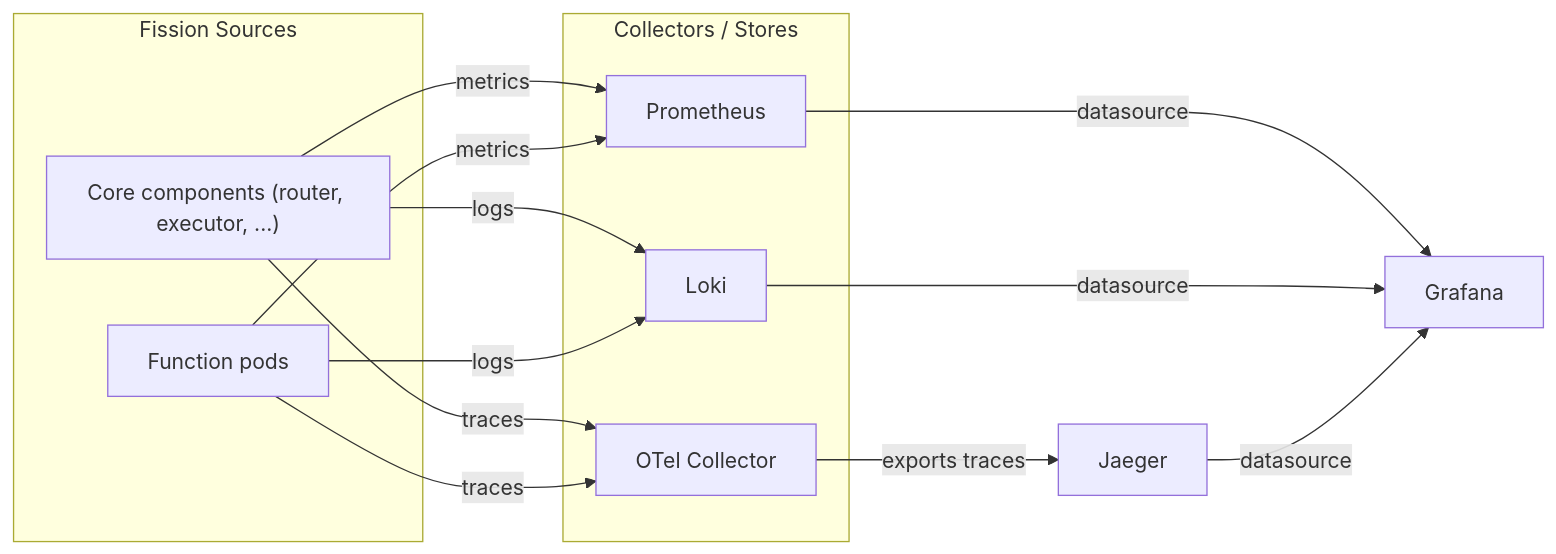
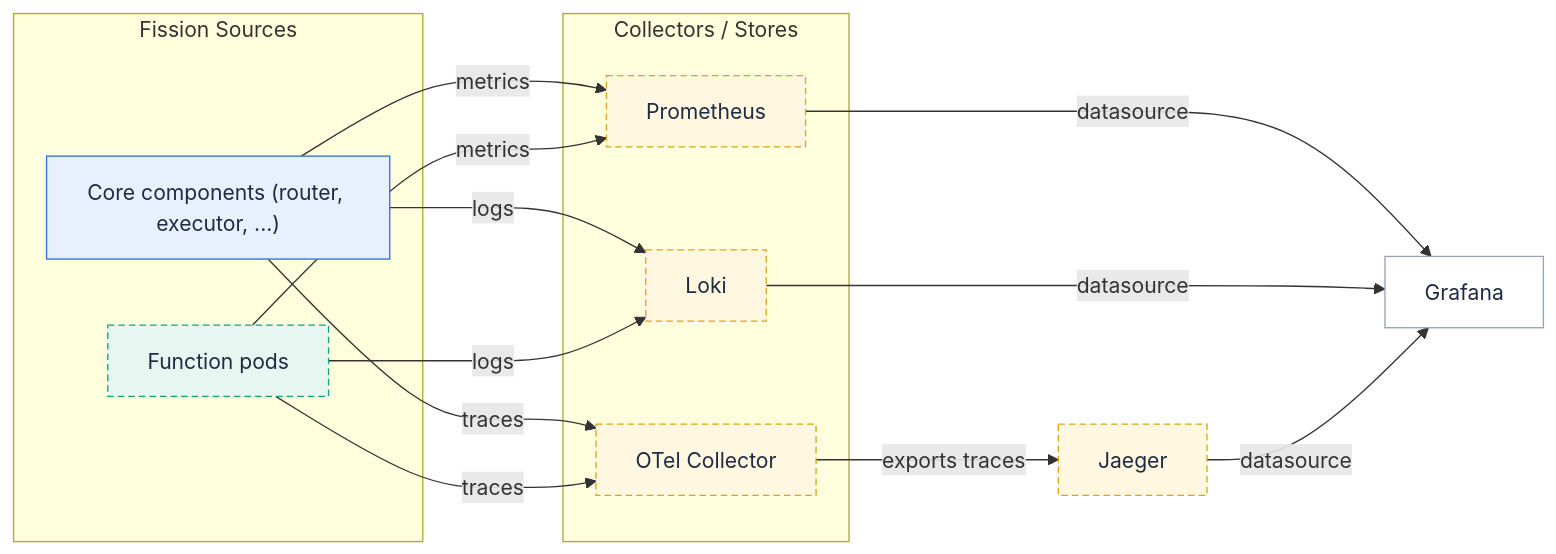
Before and after one commit to fission/fission.io: the diagram in content/en/docs/usage/observability/_index.md, drawn with Mermaid. The commit also changed 30 other files, not shown here.

First line of the commit message:
Address PR feedback: zoomable diagrams, multi-color kit, centering, preview links

````diff
--- a/content/en/docs/usage/observability/_index.md
+++ b/content/en/docs/usage/observability/_index.md
@@ -18,28 +18,37 @@
 ```mermaid
 flowchart LR
   subgraph sources["Fission Sources"]
     components["Core components (router, executor, ...)"]
     fnPods["Function pods"]
   end
 
   subgraph collect["Collectors / Stores"]
     prometheus["Prometheus"]
     otel["OTel Collector"]
     loki["Loki"]
   end
 
   jaeger["Jaeger"]
   grafana["Grafana"]
 
   components -->|"metrics"| prometheus
   fnPods -->|"metrics"| prometheus
   components -->|"traces"| otel
   fnPods -->|"traces"| otel
   components -->|"logs"| loki
   fnPods -->|"logs"| loki
 
   otel -->|"exports traces"| jaeger
   prometheus -->|"datasource"| grafana
   loki -->|"datasource"| grafana
   jaeger -->|"datasource"| grafana
+
+  class components fission
+  class fnPods pod
+  class prometheus,otel,loki,jaeger store
+  class grafana user
+  classDef user fill:#ffffff,stroke:#94a3b8,color:#1f2a43
+  classDef fission fill:#e8f0fe,stroke:#2d70de,color:#1f2a43
+  classDef pod fill:#e6f7f1,stroke:#11a37f,color:#1f2a43,stroke-dasharray:5 3
+  classDef store fill:#fff7e0,stroke:#dba514,color:#1f2a43,stroke-dasharray:5 3
 ```
````
